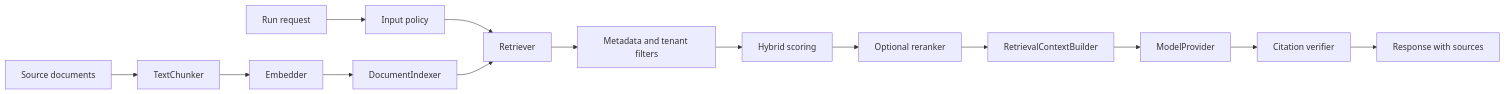
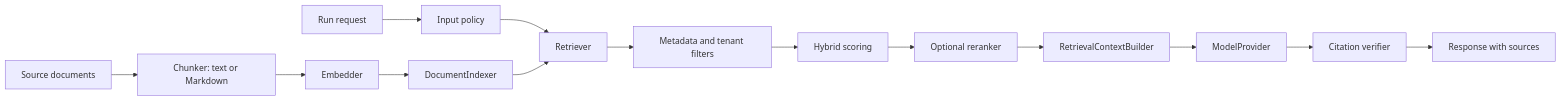
Before and after one commit to AlgenAI/algen-agent-runtime: the diagram in docs/rag.md, drawn with Mermaid. The commit also changed other lines of this file and 8 other files, not shown here.

First line of the commit message:
feat(retrieval): heading-aware Markdown chunker (opt-in)

````diff
--- a/docs/rag.md
+++ b/docs/rag.md
@@ -49,16 +49,16 @@
 ```mermaid
 flowchart LR
-    D[Source documents] --> C[TextChunker]
+    D[Source documents] --> C[Chunker: text or Markdown]
     C --> E[Embedder]
     E --> I[DocumentIndexer]
     Q[Run request] --> P[Input policy]
     P --> R[Retriever]
     I --> R
     R --> F[Metadata and tenant filters]
     F --> H[Hybrid scoring]
     H --> RR[Optional reranker]
     RR --> B[RetrievalContextBuilder]
     B --> M[ModelProvider]
     M --> V[Citation verifier]
     V --> O[Response with sources]
 ```
````
